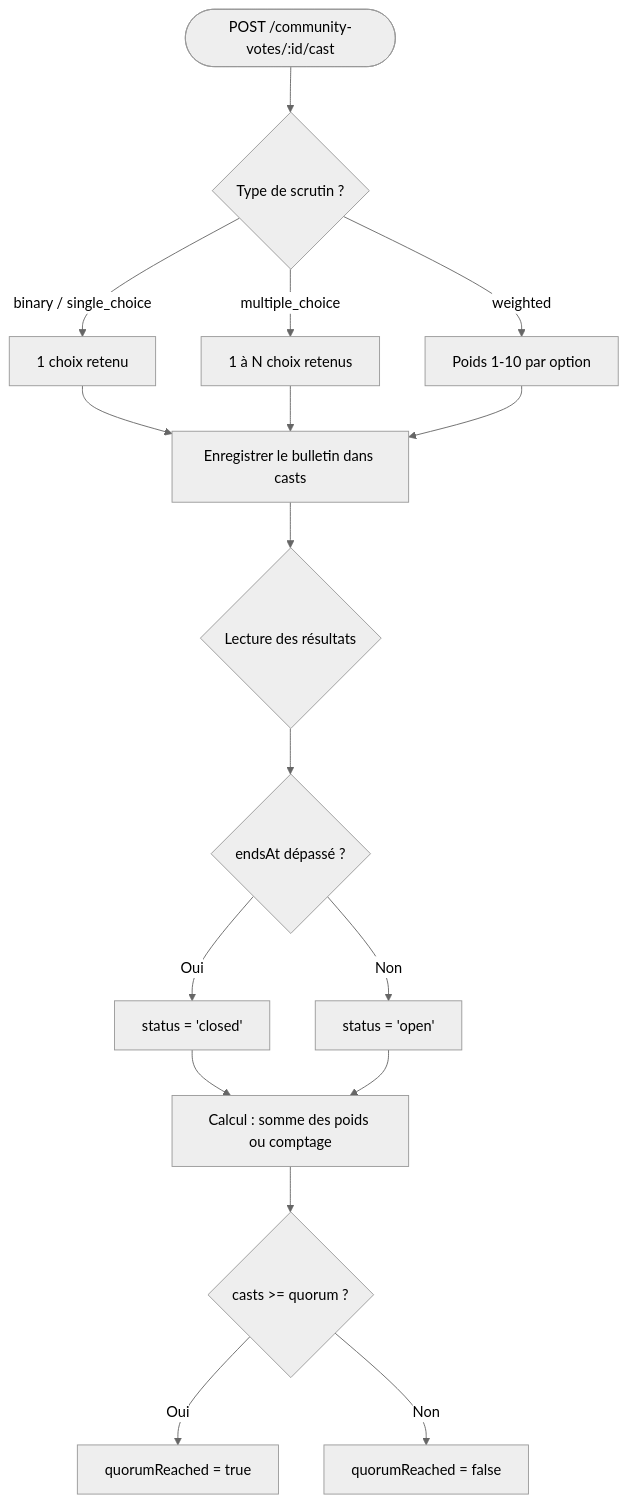
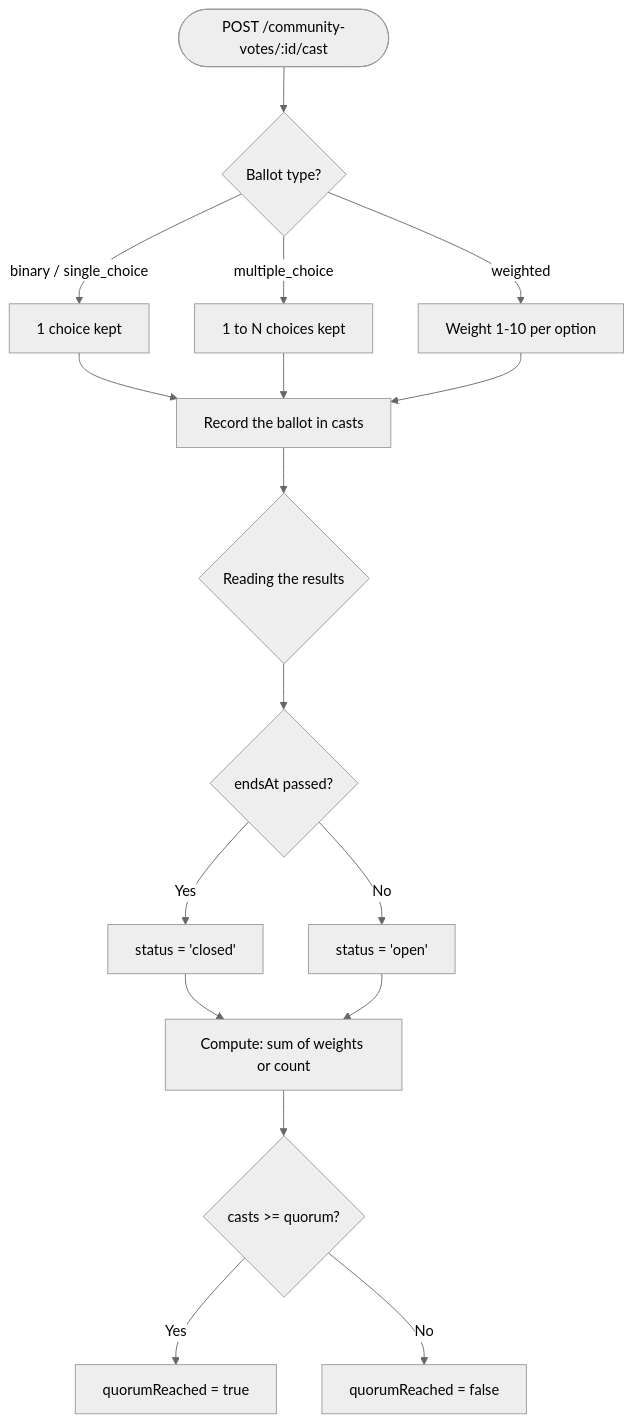
One commit to creibaud/QuartierConnect changed the fifth of 20 diagrams in docs/RAPPORT-ETAPE3.md. Above: the diagram before and after it, drawn with Mermaid (neutral theme). The commit also changed other lines of this file and 155 other files, not shown here.

````diff
--- a/docs/RAPPORT-ETAPE3.md
+++ b/docs/RAPPORT-ETAPE3.md
@@ -202,19 +202,19 @@
 ```mermaid
 flowchart TD
-    A([POST /community-votes/:id/cast]) --> B{Type de scrutin ?}
-    B -->|binary / single_choice| C[1 choix retenu]
-    B -->|multiple_choice| D[1 à N choix retenus]
-    B -->|weighted| E[Poids 1-10 par option]
-    C --> F[Enregistrer le bulletin dans casts]
+    A([POST /community-votes/:id/cast]) --> B{Ballot type?}
+    B -->|binary / single_choice| C[1 choice kept]
+    B -->|multiple_choice| D[1 to N choices kept]
+    B -->|weighted| E[Weight 1-10 per option]
+    C --> F[Record the ballot in casts]
     D --> F
     E --> F
-    F --> G{Lecture des résultats}
-    G --> H{endsAt dépassé ?}
-    H -->|Oui| I[status = 'closed']
-    H -->|Non| J[status = 'open']
-    I --> K[Calcul : somme des poids ou comptage]
+    F --> G{Reading the results}
+    G --> H{endsAt passed?}
+    H -->|Yes| I[status = 'closed']
+    H -->|No| J[status = 'open']
+    I --> K[Compute: sum of weights or count]
     J --> K
-    K --> L{casts >= quorum ?}
-    L -->|Oui| M[quorumReached = true]
-    L -->|Non| N[quorumReached = false]
+    K --> L{casts >= quorum?}
+    L -->|Yes| M[quorumReached = true]
+    L -->|No| N[quorumReached = false]
 ```
````
